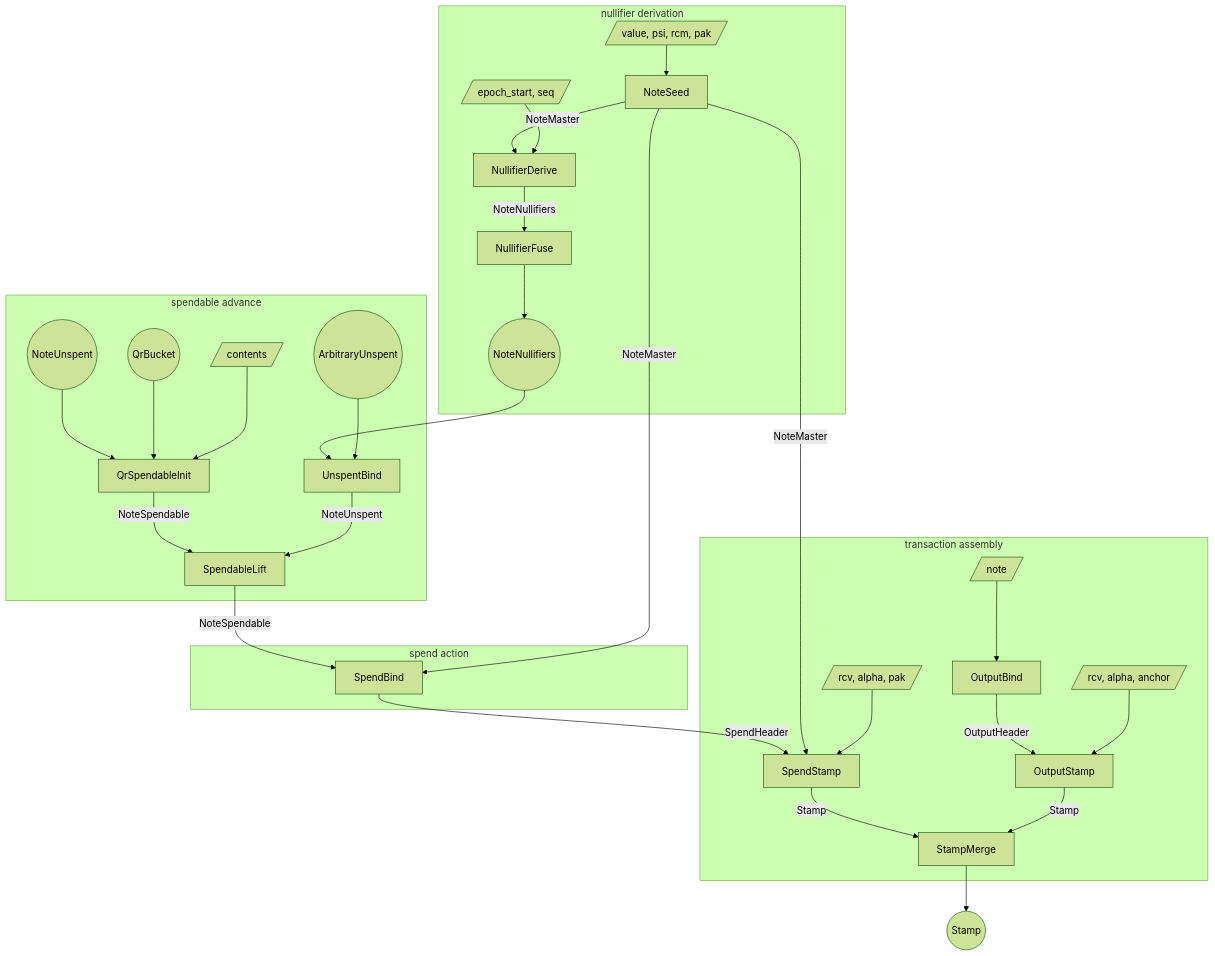
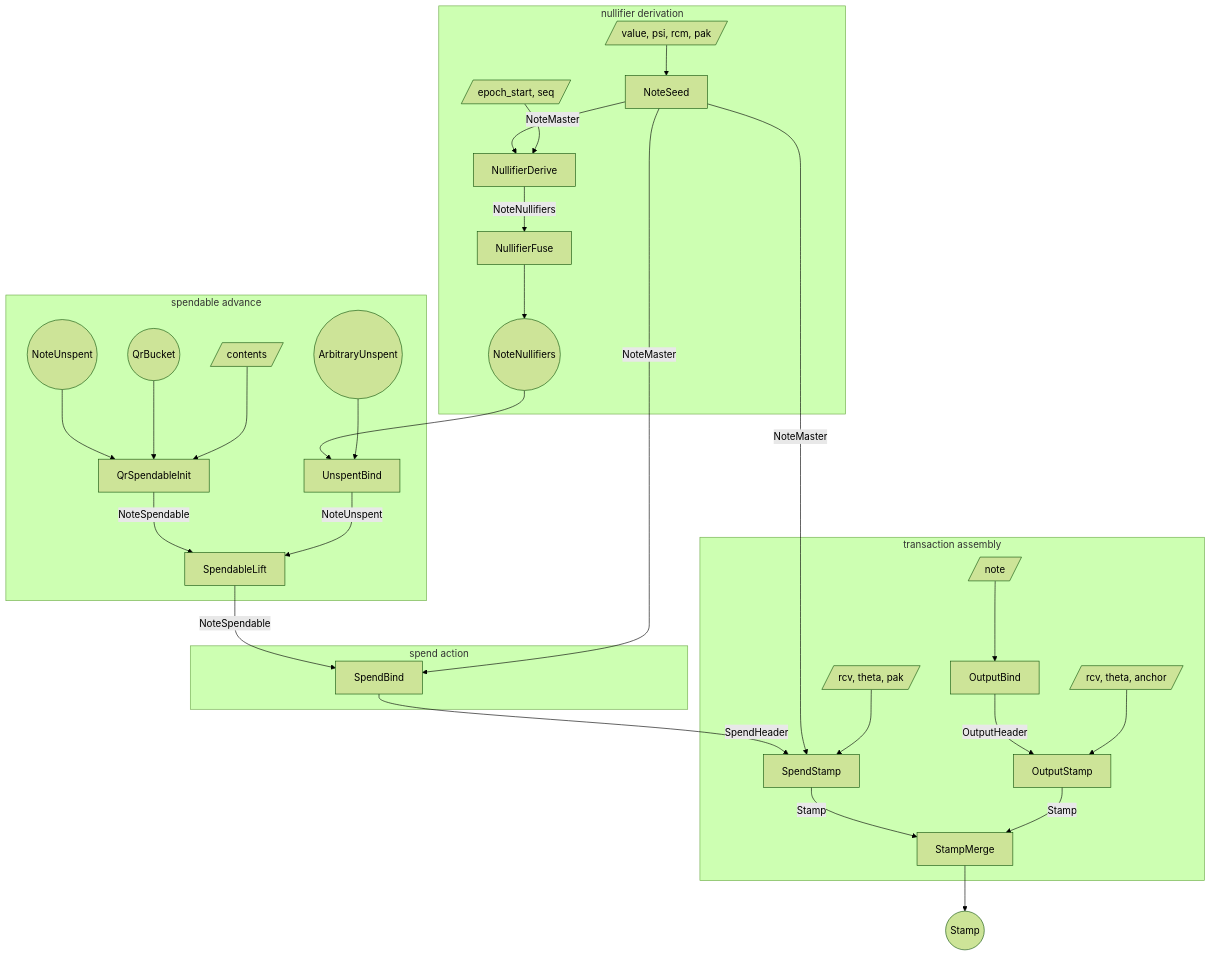
The first of 3 diagrams in book/src/proof-tree.md (tachyon-zcash/tachyon), drawn with Mermaid (forest theme) before and after one commit. The commit also changed other lines of this file and 8 other files, not shown here.

First line of the commit message:
fix: the stamp steps derive alpha from cm

````diff
--- a/book/src/proof-tree.md
+++ b/book/src/proof-tree.md
@@ -294,64 +294,64 @@
 ```mermaid
 flowchart TB
   subgraph derive [nullifier derivation]
     w_seed[/value, psi, rcm, pak/]
     s_seed[NoteSeed]
     w_window[/epoch_start, seq/]
     s_window[NullifierDerive]
     s_dfuse[NullifierFuse]
     nf_range((NoteNullifiers))
   end
 
   subgraph spendable [spendable advance]
     bucket_in((QrBucket))
     creation_in((NoteUnspent))
     w_init[/contents/]
     s_init[QrSpendableInit]
     unspent_in((ArbitraryUnspent))
     s_unspentbind[UnspentBind]
     s_lift[SpendableLift]
   end
 
   subgraph spend_stamp [spend action]
     s_bind[SpendBind]
   end
 
   subgraph merge [transaction assembly]
-    w_stamp[/rcv, alpha, pak/]
+    w_stamp[/rcv, theta, pak/]
     s_spendstamp[SpendStamp]
     w_outbind[/note/]
     s_outbind[OutputBind]
-    w_output[/rcv, alpha, anchor/]
+    w_output[/rcv, theta, anchor/]
     s_output[OutputStamp]
     s_merge[StampMerge]
   end
 
   stamp_out((Stamp))
 
   w_seed --> s_seed
   s_seed -->|NoteMaster| s_window
   w_window --> s_window
   s_window -->|NoteNullifiers| s_dfuse
   s_dfuse --> nf_range
 
   creation_in --> s_init
   bucket_in --> s_init
   w_init --> s_init
   nf_range --> s_unspentbind
   unspent_in --> s_unspentbind
   s_init -->|NoteSpendable| s_lift
   s_unspentbind -->|NoteUnspent| s_lift
   s_lift -->|NoteSpendable| s_bind
 
   s_seed -->|NoteMaster| s_bind
   s_bind -->|SpendHeader| s_spendstamp
   s_seed -->|NoteMaster| s_spendstamp
   w_stamp --> s_spendstamp
 
   w_outbind --> s_outbind
   s_outbind -->|OutputHeader| s_output
   w_output --> s_output
   s_spendstamp -->|Stamp| s_merge
   s_output -->|Stamp| s_merge
   s_merge --> stamp_out
 ```
````
